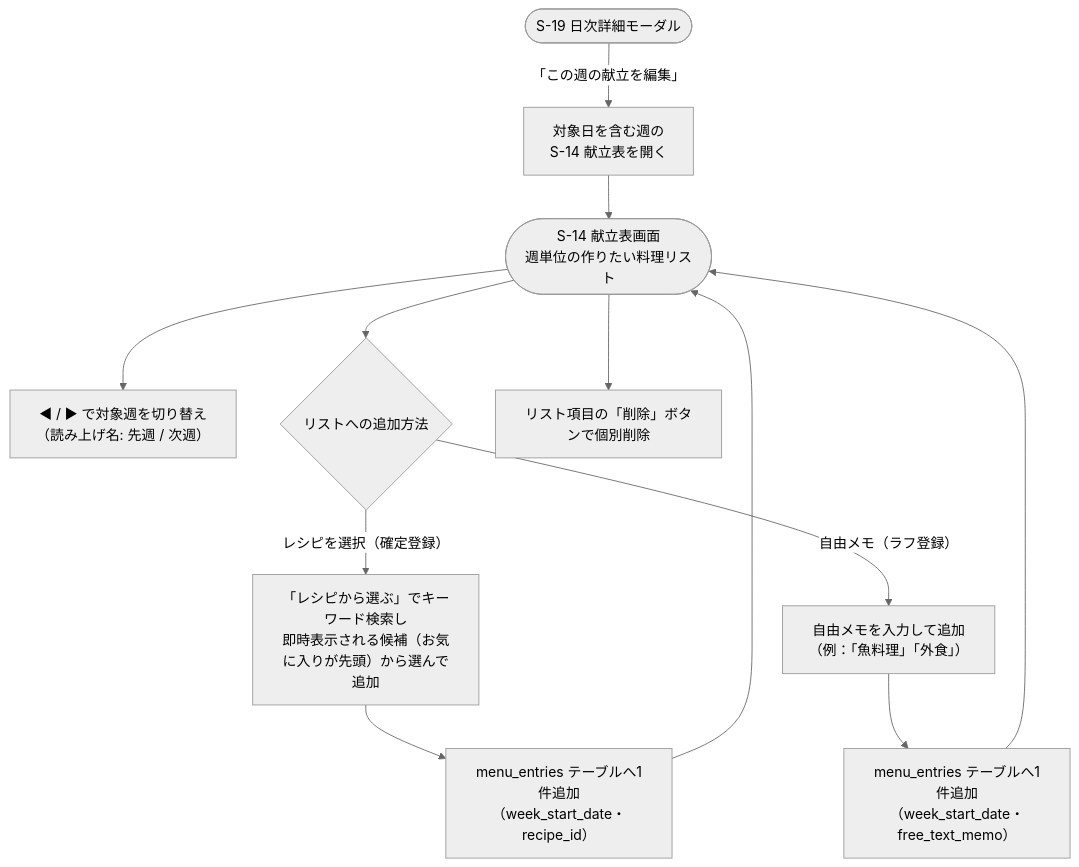
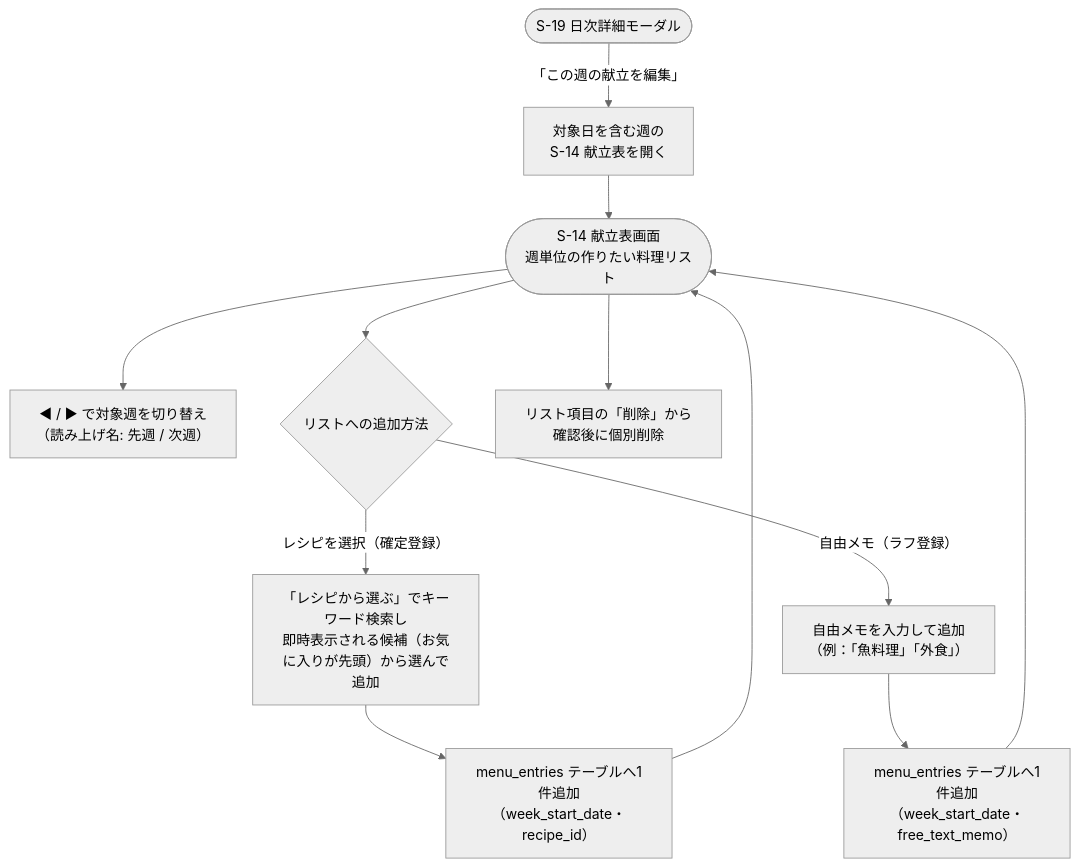
One commit to yamamotonaoki3/HomeLog changed the diagram in docs/details/features/F10_kondate_menu.md. Above: the diagram before and after it, drawn with Mermaid (neutral theme). The commit also changed other lines of this file and 13 other files, not shown here.

````diff
--- a/docs/details/features/F10_kondate_menu.md
+++ b/docs/details/features/F10_kondate_menu.md
@@ -30,15 +30,15 @@
 ```mermaid
 flowchart TD
     A([S-14 献立表画面\n週単位の作りたい料理リスト]) --> B["◀ / ▶ で対象週を切り替え（読み上げ名: 先週 / 次週）"]
     A --> C{リストへの追加方法}
     C -- レシピを選択（確定登録） --> D["「レシピから選ぶ」でキーワード検索し\n即時表示される候補（お気に入りが先頭）から選んで追加"]
     C -- 自由メモ（ラフ登録） --> E["自由メモを入力して追加\n（例：「魚料理」「外食」）"]
     D --> F["menu_entries テーブルへ1件追加\n（week_start_date・recipe_id）"]
     E --> G["menu_entries テーブルへ1件追加\n（week_start_date・free_text_memo）"]
     F --> A
     G --> A
-    A --> H["リスト項目の「削除」ボタンで個別削除"]
+    A --> H["リスト項目の「削除」から確認後に個別削除"]
 
     I([S-19 日次詳細モーダル]) -- 「この週の献立を編集」 --> J["対象日を含む週の\nS-14 献立表を開く"]
     J --> A
 ```
````
